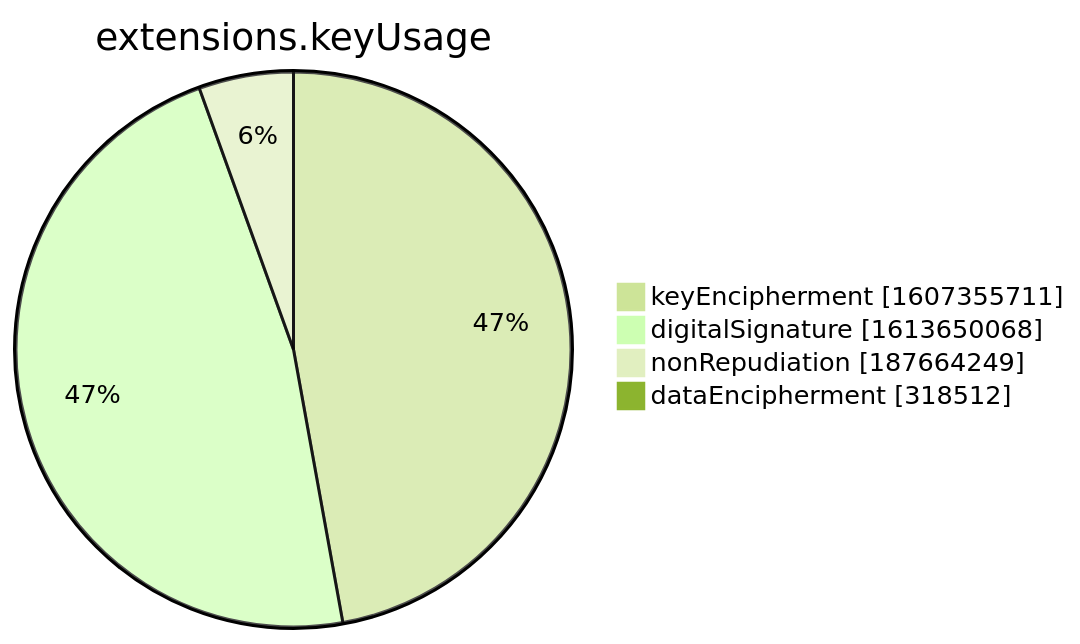
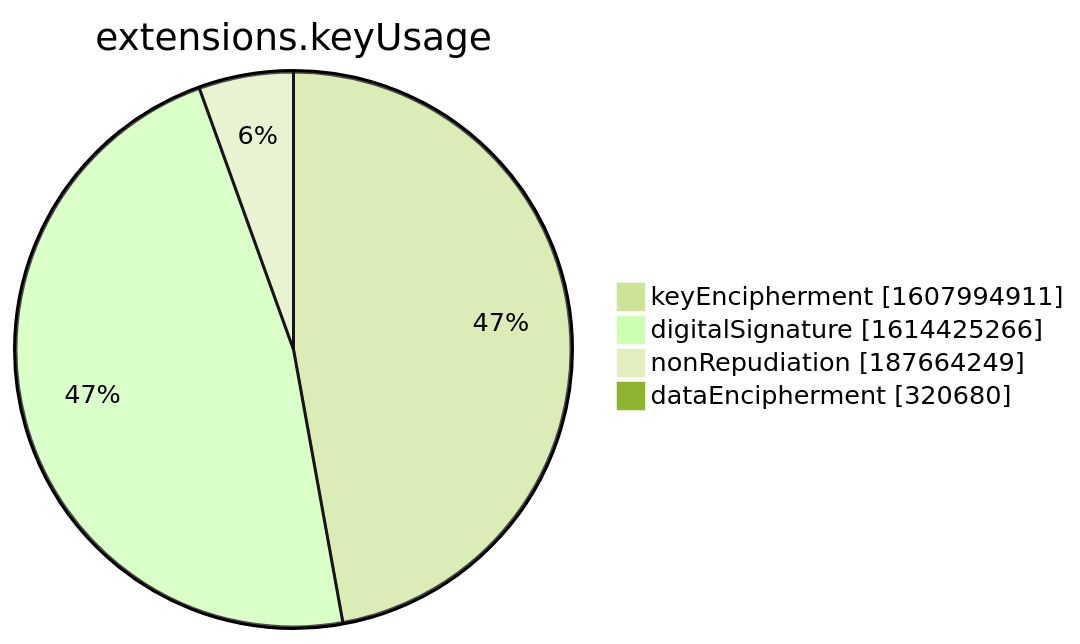
One commit to christiankrug/ctmonitor_visualization changed the seventh of 15 diagrams in xenon2022/README.md. Above: the diagram before and after it, drawn with Mermaid (forest theme). The commit also changed other lines of this file, not shown here.

````diff
--- a/xenon2022/README.md
+++ b/xenon2022/README.md
@@ -2855,8 +2855,8 @@
 ```mermaid
 pie showData
 title extensions.keyUsage
-"keyEncipherment" :1607355711
-"digitalSignature" :1613650068
+"keyEncipherment" :1607994911
+"digitalSignature" :1614425266
 "nonRepudiation" :187664249
-"dataEncipherment" :318512
+"dataEncipherment" :320680
 ```
````
